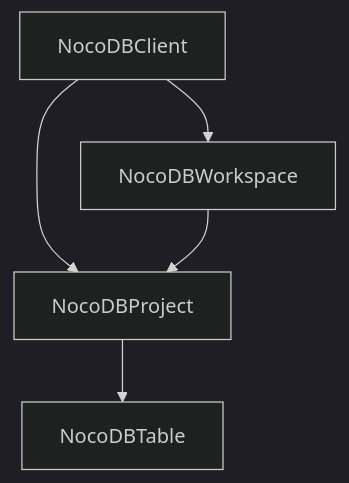
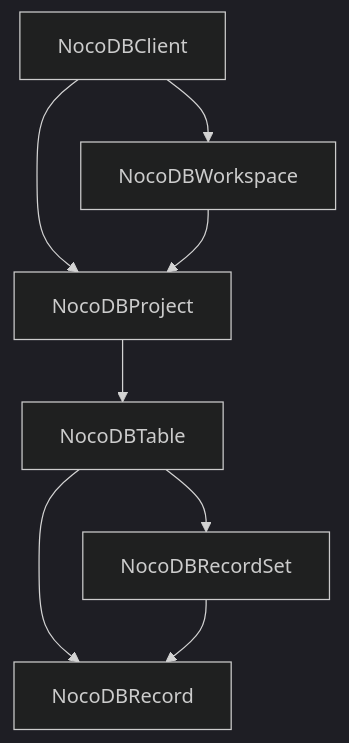
One commit to Heliopause0916/nocodb-py changed the first of 6 diagrams in .kilocode/rules/memory-bank/architecture.md. Above: the diagram before and after it, drawn with Mermaid (dark theme). The commit also changed other lines of this file and 3 other files, not shown here.

First line of the commit message:
docs(memory): update architecture and implementation status for record classes

````diff
--- a/.kilocode/rules/memory-bank/architecture.md
+++ b/.kilocode/rules/memory-bank/architecture.md
@@ -9,7 +9,10 @@
 ```mermaid
 graph TD
     A[NocoDBClient] --> B[NocoDBWorkspace]
     A --> C[NocoDBProject]
     C --> D[NocoDBTable]
+    D --> E[NocoDBRecordSet]
+    D --> F[NocoDBRecord]
+    E --> F
     B --> C
 ```
````
